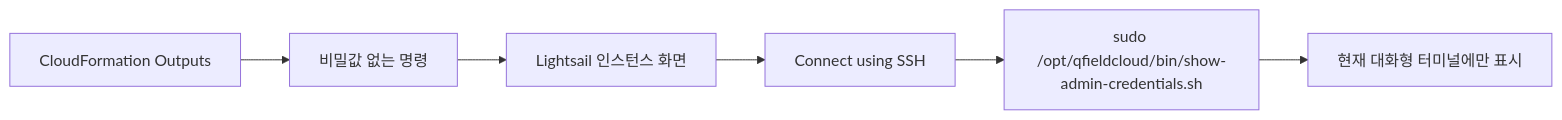
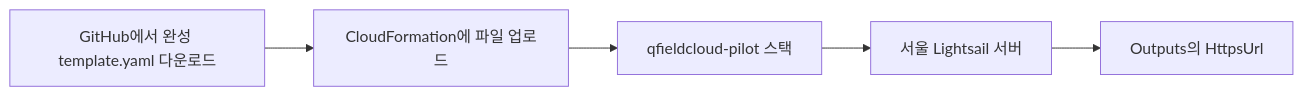
One commit to jusubkim94/qfieldcloud-self-hosting-for-arboreta changed the first of 3 diagrams in docs/diagrams/lab-lightsail-script-structure.md. Above: the diagram before and after it, drawn with Mermaid. The commit also changed other lines of this file and 19 other files, not shown here.

````diff
--- a/docs/diagrams/lab-lightsail-script-structure.md
+++ b/docs/diagrams/lab-lightsail-script-structure.md
@@ -82,8 +7,7 @@
 ```mermaid
 flowchart LR
-    Outputs[CloudFormation Outputs] --> Command[비밀값 없는 명령]
-    Command --> Lightsail[Lightsail 인스턴스 화면]
-    Lightsail --> SSH[Connect using SSH]
-    SSH --> Show[sudo /opt/qfieldcloud/bin/show-admin-credentials.sh]
-    Show --> User[현재 대화형 터미널에만 표시]
+    Download[GitHub에서 완성 template.yaml 다운로드] --> Upload[CloudFormation에 파일 업로드]
+    Upload --> Stack[qfieldcloud-pilot 스택]
+    Stack --> Lightsail[서울 Lightsail 서버]
+    Lightsail --> Output[Outputs의 HttpsUrl]
 ```
````
